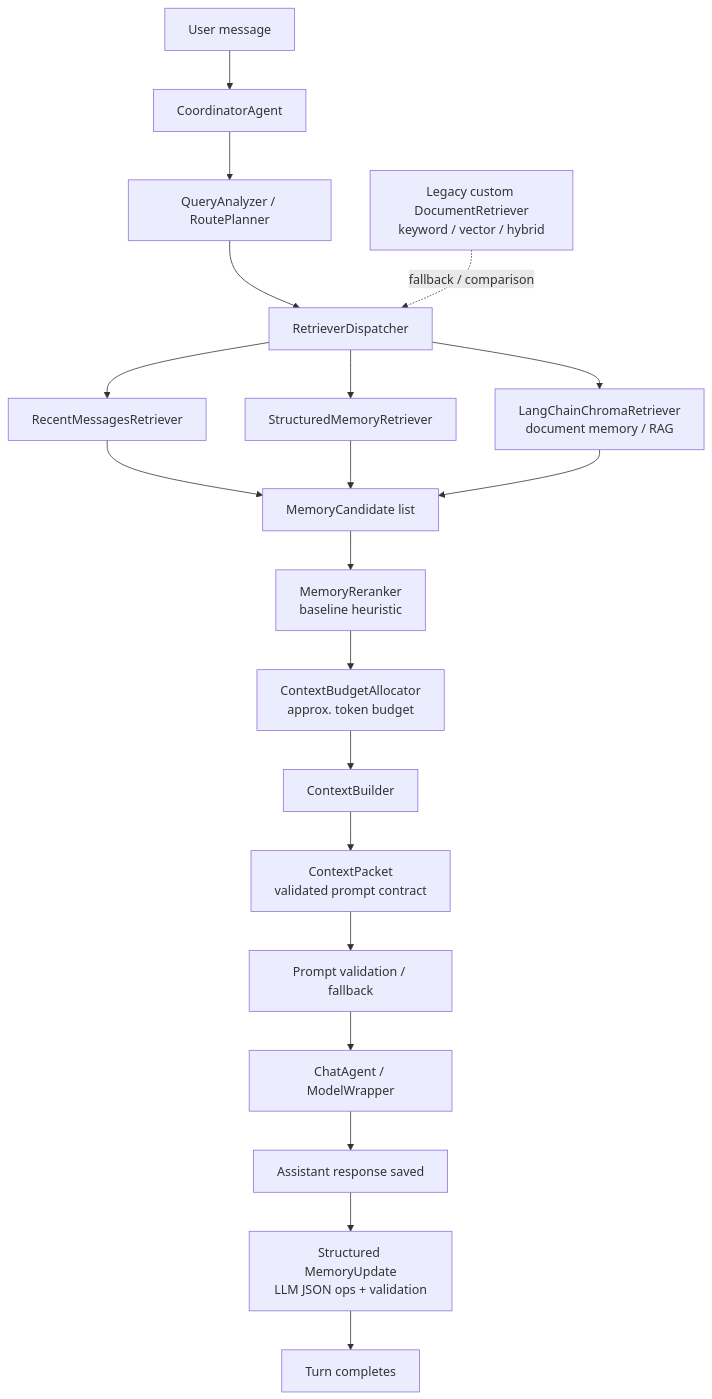
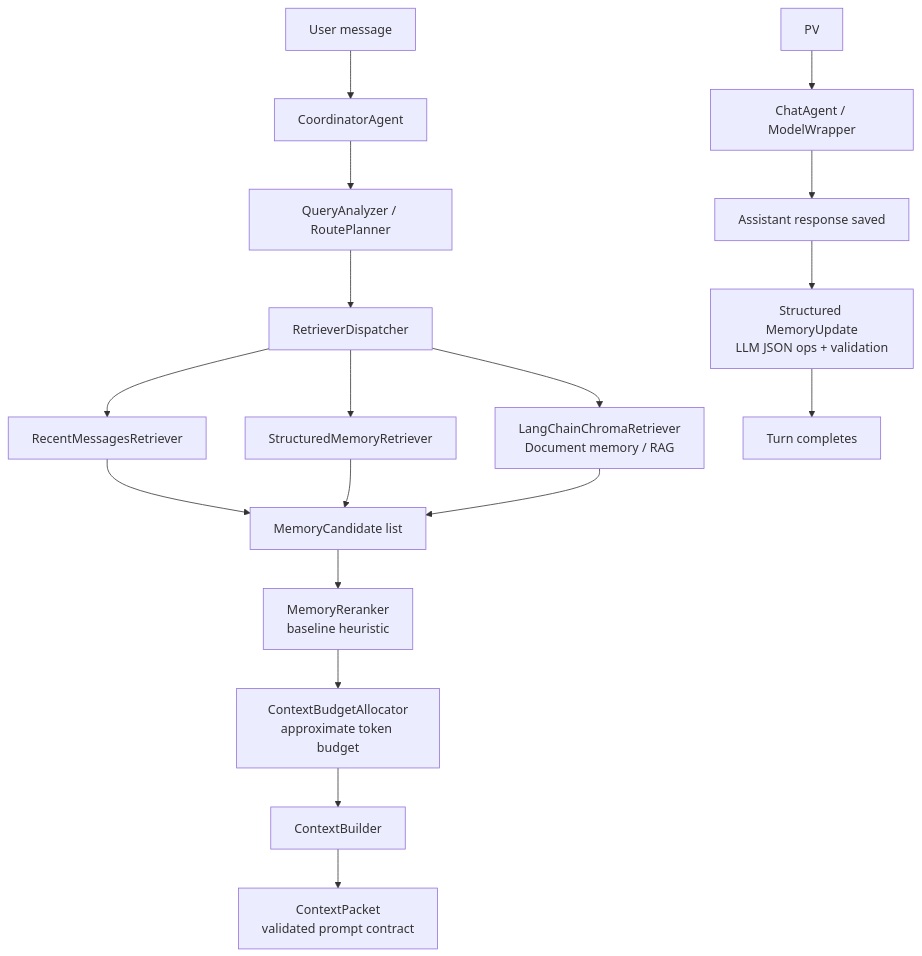
Before and after one commit to Josph27/memory-augmented-retrieval-chatbot: the diagram in presentations/29-5/presentation.md, drawn with Mermaid. The commit also changed other lines of this file, not shown here.

````diff
--- a/presentations/29-5/presentation.md
+++ b/presentations/29-5/presentation.md
@@ -42,29 +44,26 @@
 ```mermaid
 flowchart TD
     U[User message] --> C[CoordinatorAgent]
 
     C --> QR[QueryAnalyzer / RoutePlanner]
     QR --> RD[RetrieverDispatcher]
 
     RD --> RM[RecentMessagesRetriever]
     RD --> SM[StructuredMemoryRetriever]
-    RD --> DM[LangChainChromaRetriever<br/>document memory / RAG]
+    RD --> DM[LangChainChromaRetriever<br/>Document memory / RAG]
 
     RM --> MC[MemoryCandidate list]
     SM --> MC
     DM --> MC
 
     MC --> RR[MemoryReranker<br/>baseline heuristic]
-    RR --> BA[ContextBudgetAllocator<br/>approx. token budget]
+    RR --> BA[ContextBudgetAllocator<br/>approximate token budget]
     BA --> CB[ContextBuilder]
     CB --> CP[ContextPacket<br/>validated prompt contract]
 
-    CP --> PV[Prompt validation / fallback]
     PV --> LLM[ChatAgent / ModelWrapper]
     LLM --> RESP[Assistant response saved]
 
     RESP --> MU[Structured MemoryUpdate<br/>LLM JSON ops + validation]
     MU --> DONE[Turn completes]
-
-    LEG[Legacy custom DocumentRetriever<br/>keyword / vector / hybrid] -. fallback / comparison .-> RD
 ```
````
